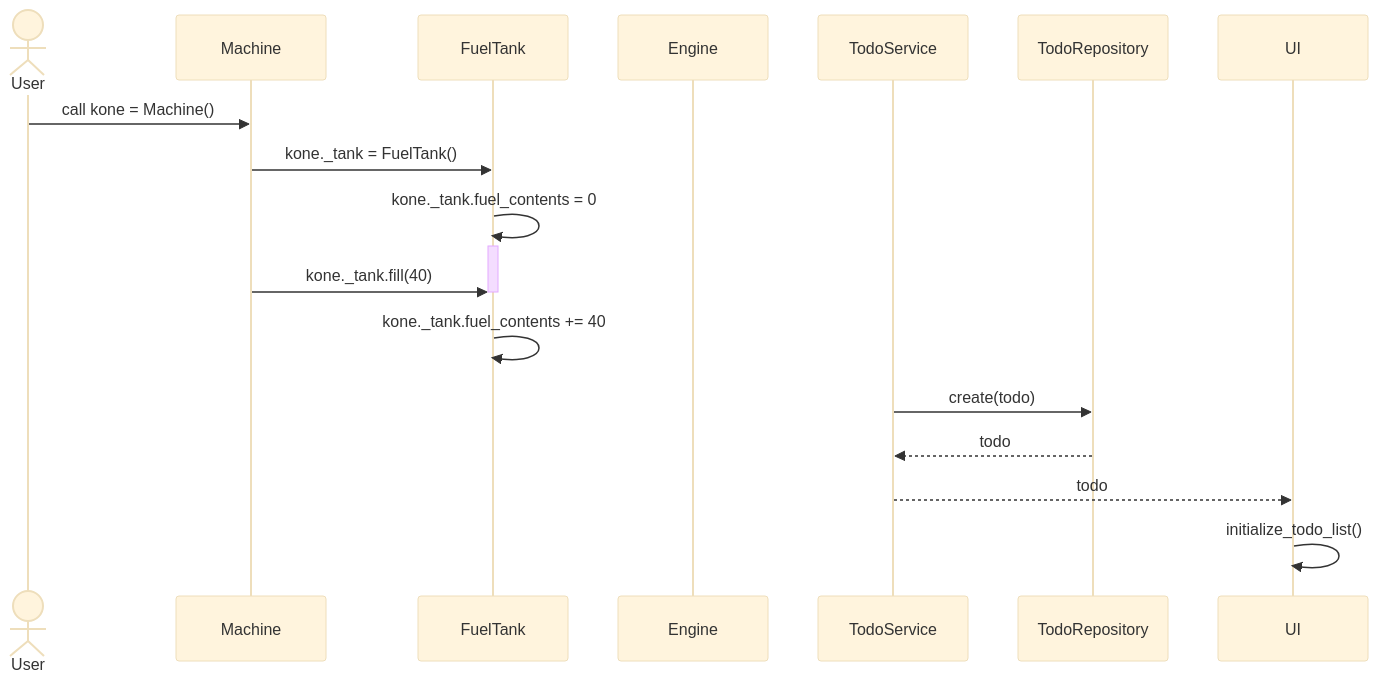
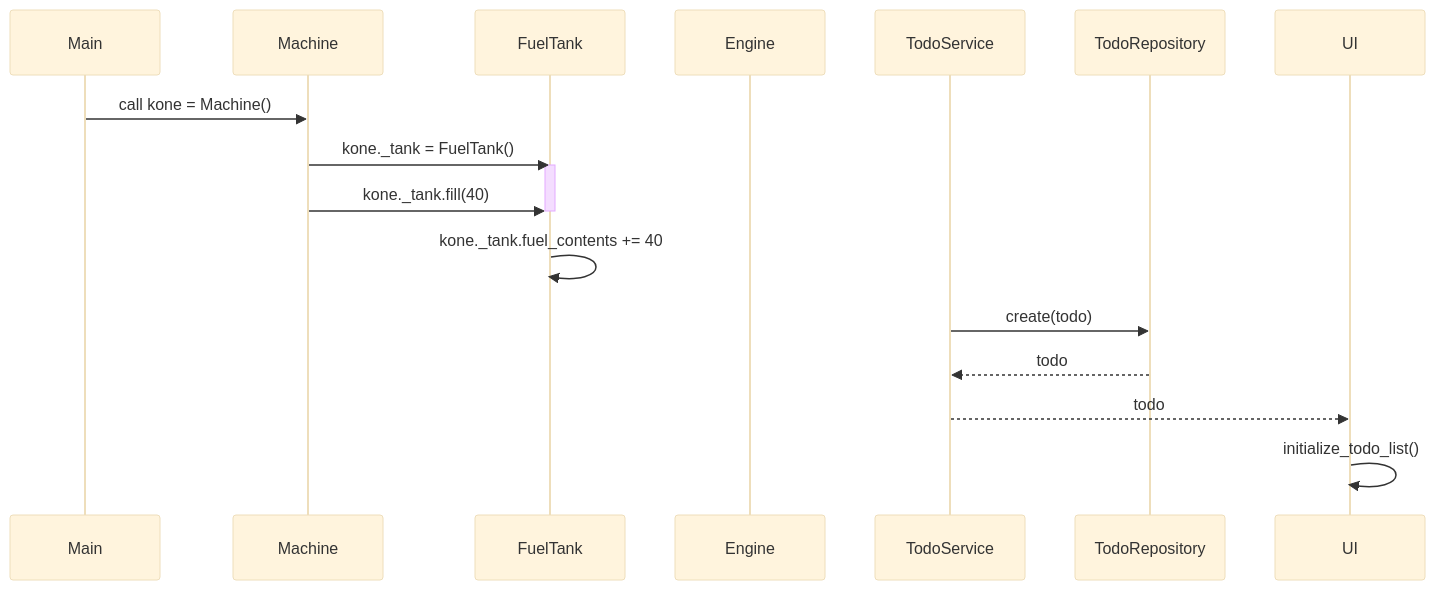
One commit to EeroAnt/ot-harjoitusty- changed the diagram in laskarit/viikko3/sekvenssikaavio.md. Above: the diagram before and after it, drawn with Mermaid (base theme).

Commit message:
sekvenssikaavio v0.133

````diff
--- a/laskarit/viikko3/sekvenssikaavio.md
+++ b/laskarit/viikko3/sekvenssikaavio.md
@@ -1,18 +1,17 @@
 ```mermaid
 sequenceDiagram
-  actor User
+  participant Main
   participant Machine
   participant FuelTank
   participant Engine
-  User->>Machine: call kone = Machine()
+  Main->>Machine: call kone = Machine()
   Machine->>FuelTank: kone._tank = FuelTank()
-  FuelTank->>FuelTank: kone._tank.fuel_contents = 0
   activate FuelTank
   Machine->>FuelTank: kone._tank.fill(40)
   deactivate FuelTank
   FuelTank->>FuelTank: kone._tank.fuel_contents += 40  
   TodoService->>TodoRepository: create(todo)
   TodoRepository-->>TodoService: todo
   TodoService-->>UI: todo 
   UI->>UI: initialize_todo_list()
 ```
````
